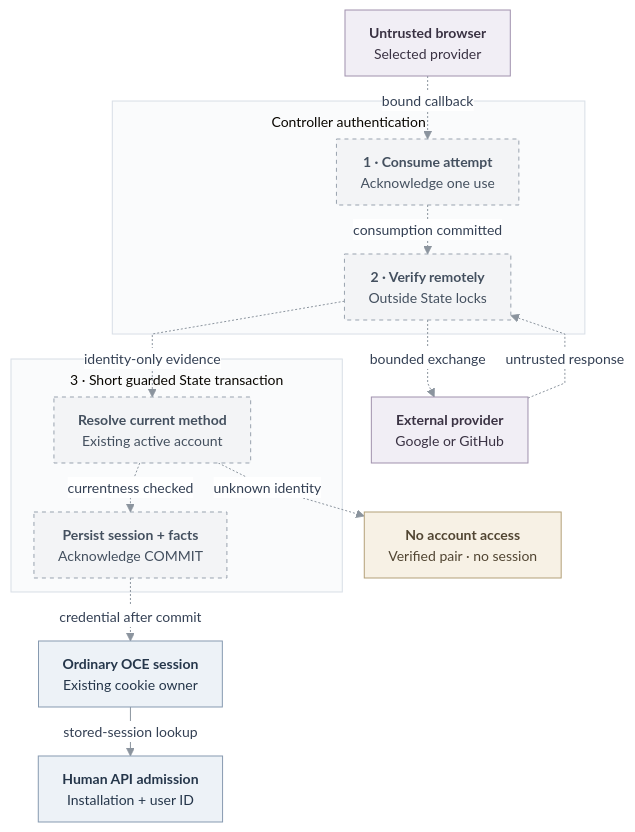
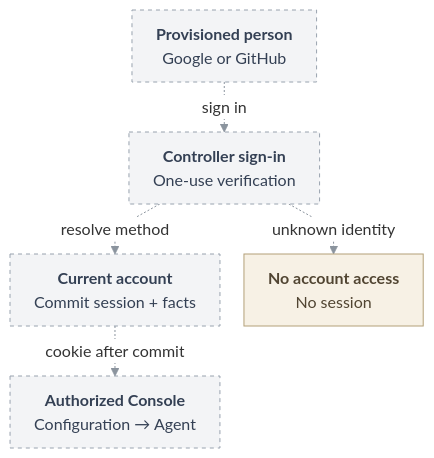
Before and after one commit to IsaiahStapleton/openclaw-enterprise: the diagram in specs/31-human-federated-sign-in.md, drawn with Mermaid. The commit also changed other lines of this file and 7 other files, not shown here.

````diff
--- a/specs/31-human-federated-sign-in.md
+++ b/specs/31-human-federated-sign-in.md
@@ -117,56 +26,31 @@
 ```mermaid
 ---
 config:
   theme: base
   htmlLabels: true
   themeVariables:
-    fontSize: 14px
-    primaryTextColor: "#344054"
+    fontSize: 16px
     lineColor: "#8B949E"
     edgeLabelBackground: "#FFFFFF"
-    clusterBkg: "#FAFBFC"
-    clusterBorder: "#D8DEE6"
   flowchart:
     curve: linear
     nodeSpacing: 24
-    rankSpacing: 28
+    rankSpacing: 26
     padding: 12
-    subGraphTitleMargin:
-      top: 10
-      bottom: 14
 ---
 flowchart TB
-  Browser["<b>Untrusted browser</b><br/>Selected provider"]
-  Provider["<b>External provider</b><br/>Google or GitHub"]
-  subgraph Auth["Controller authentication"]
-    Attempt["<b>1 · Consume attempt</b><br/>Acknowledge one use"]
-    Verify["<b>2 · Verify remotely</b><br/>Outside State locks"]
-  end
-  subgraph State["3 · Short guarded State transaction"]
-    Resolve["<b>Resolve current method</b><br/>Existing active account"]
-    Issue["<b>Persist session + facts</b><br/>Acknowledge COMMIT"]
-  end
-  Denied["<b>No account access</b><br/>Verified pair · no session"]
-  Cookie["<b>Ordinary OCE session</b><br/>Existing cookie owner"]
-  Admit["<b>Human API admission</b><br/>Installation + user ID"]
-  Browser -.->|bound callback| Attempt
-  Attempt -.->|consumption committed| Verify
-  Verify -.->|bounded exchange| Provider
-  Provider -.->|untrusted response| Verify
-  Verify -.->|identity-only evidence| Resolve
-  Resolve -.->|currentness checked| Issue
-  Resolve -.->|unknown identity| Denied
-  Issue -.->|credential after commit| Cookie
-  Cookie -->|stored-session lookup| Admit
-  classDef external fill:#F1EEF5,stroke:#A091AD,color:#3A3243,stroke-width:1px
-  classDef pending fill:#F3F4F6,stroke:#98A2AE,color:#44505F,stroke-width:1px,stroke-dasharray:4 4
-  classDef state fill:#EDF2F7,stroke:#879AB0,color:#25364A,stroke-width:1px
+  Person["<b>Provisioned person</b><br/>Google or GitHub"]
+  Verify["<b>Controller sign-in</b><br/>One-use verification"]
+  Session["<b>Current account</b><br/>Commit session + facts"]
+  Console["<b>Authorized Console</b><br/>Configuration → Agent"]
+  Deny["<b>No account access</b><br/>No session"]
+  Person -.->|sign in| Verify
+  Verify -.->|resolve method| Session
+  Verify -.->|unknown identity| Deny
+  Session -.->|cookie after commit| Console
+  classDef pending fill:#F3F4F6,stroke:#98A2AE,color:#344054,stroke-width:1px,stroke-dasharray:4 4
   classDef gate fill:#F7F1E5,stroke:#B3A078,color:#514532,stroke-width:1px
-  class Browser,Provider external
-  class Attempt,Verify,Resolve,Issue pending
-  class Cookie,Admit state
-  class Denied gate
-  style Auth fill:#FAFBFC,stroke:#D8DEE6,stroke-width:1px
-  style State fill:#FAFBFC,stroke:#D8DEE6,stroke-width:1px
+  class Person,Verify,Session,Console pending
+  class Deny gate
   linkStyle default stroke:#8B949E,stroke-width:1px
 ```
````
